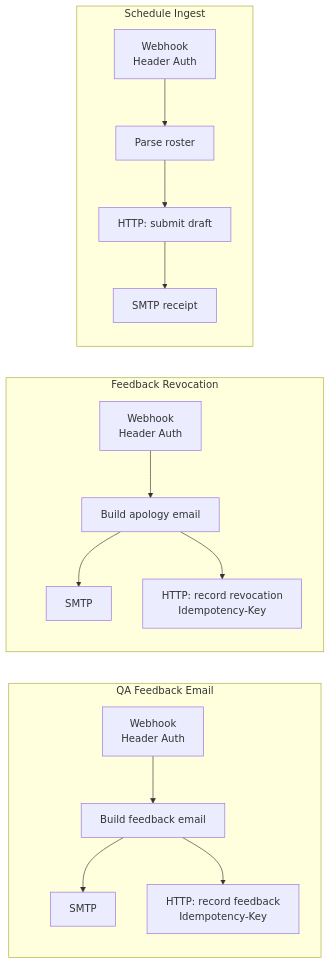
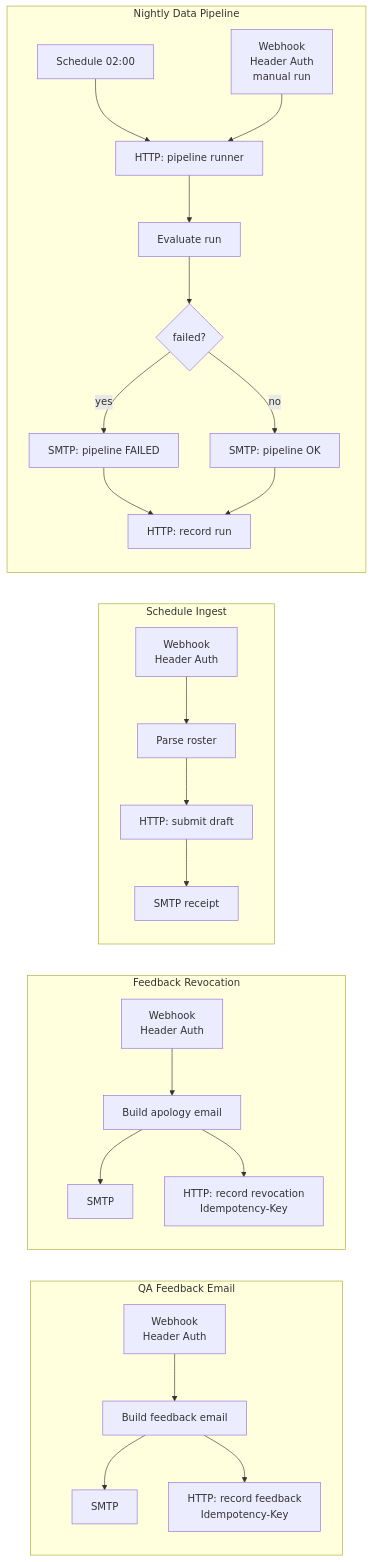
One commit to abdalrahmnamo-svg/n8n-automation-pack changed the diagram in README.md. Above: the diagram before and after it, drawn with Mermaid. The commit also changed other lines of this file and 11 other files, not shown here.

First line of the commit message:
Add Nightly Data Pipeline workflow and pipeline runner

````diff
--- a/README.md
+++ b/README.md
@@ -11,14 +11,23 @@
 ```mermaid
 flowchart LR
   subgraph F[QA Feedback Email]
     W1[Webhook<br/>Header Auth] --> C1[Build feedback email] --> M1[SMTP] 
     C1 --> A1[HTTP: record feedback<br/>Idempotency-Key]
   end
   subgraph R[Feedback Revocation]
     W2[Webhook<br/>Header Auth] --> C2[Build apology email] --> M2[SMTP]
     C2 --> A2[HTTP: record revocation<br/>Idempotency-Key]
   end
   subgraph S[Schedule Ingest]
     W3[Webhook<br/>Header Auth] --> C3[Parse roster] --> A3[HTTP: submit draft] --> M3[SMTP receipt]
   end
+  subgraph N[Nightly Data Pipeline]
+    T4[Schedule 02:00] --> H4[HTTP: pipeline runner]
+    W4[Webhook<br/>Header Auth<br/>manual run] --> H4
+    H4 --> C4[Evaluate run] --> I4{failed?}
+    I4 -- yes --> M4[SMTP: pipeline FAILED]
+    I4 -- no --> M5[SMTP: pipeline OK]
+    M4 --> A4[HTTP: record run]
+    M5 --> A4
+  end
 ```
````
